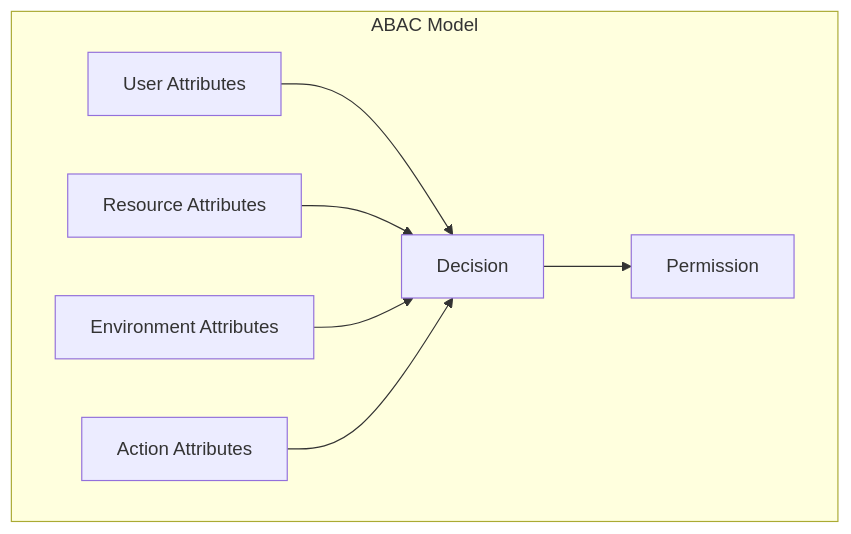
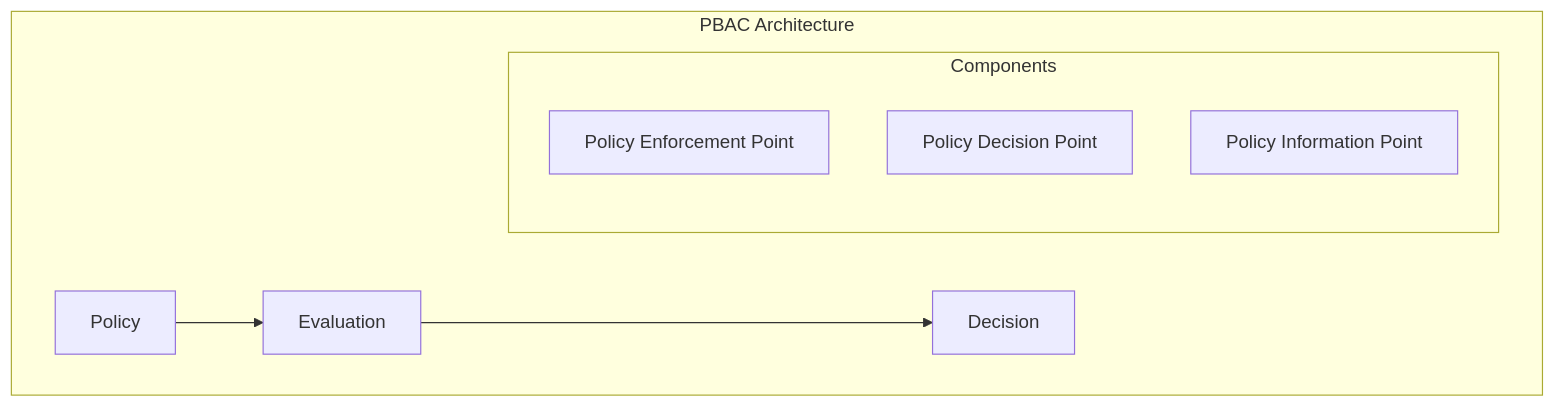
The fourth of 4 diagrams in src/Authentication_and_Authorization_Frameworks.md (saravanakumarrc/Architecture_Journey), drawn with Mermaid before and after one commit. The commit also changed other lines of this file and 7 other files, not shown here.

First line of the commit message:
Refactor Trade-off Analysis documentation and enhance architecture governance models

````diff
--- a/src/Authentication_and_Authorization_Frameworks.md
+++ b/src/Authentication_and_Authorization_Frameworks.md
@@ -80,10 +264,13 @@
 ```mermaid
-graph TD
-    subgraph "ABAC Model"
-        U[User Attributes] --> D[Decision]
-        R[Resource Attributes] --> D
-        E[Environment Attributes] --> D
-        A[Action Attributes] --> D
-        D --> P[Permission]
+graph TB
+    subgraph "PBAC Architecture"
+        P[Policy] --> E[Evaluation]
+        E --> D[Decision]
+        
+        subgraph "Components"
+            PEP[Policy Enforcement Point]
+            PDP[Policy Decision Point]
+            PIP[Policy Information Point]
+        end
     end
 ```
````
